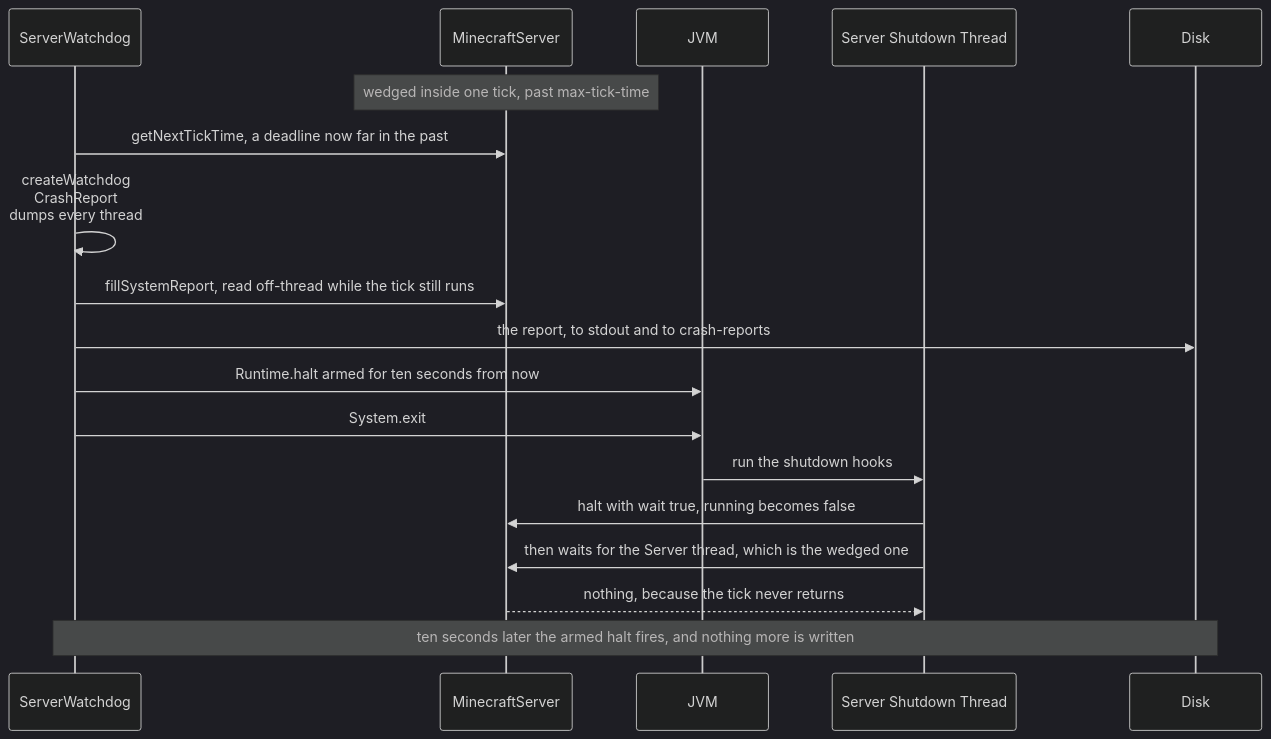
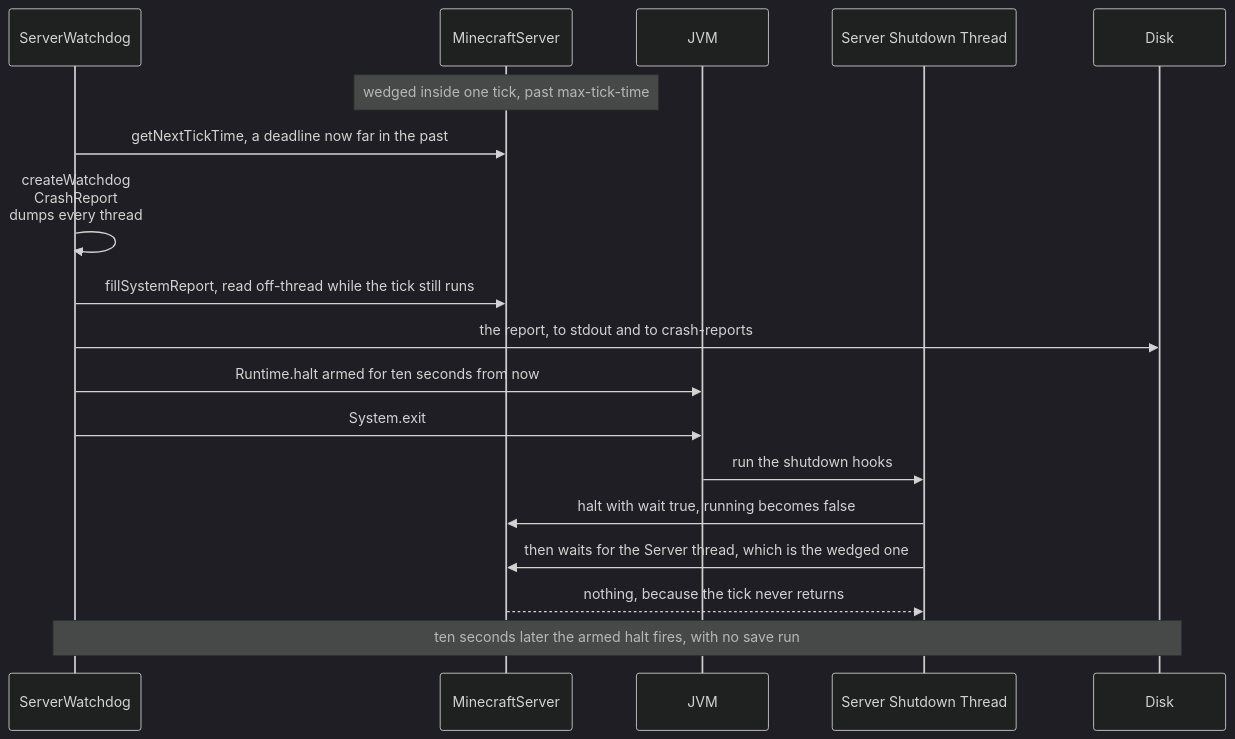
One commit to AlexanderjFraser/MinecraftDocs changed the second of 2 diagrams in src/systems/server/how-a-server-dies.md. Above: the diagram before and after it, drawn with Mermaid (dark theme). The commit also changed other lines of this file and 15 other files, not shown here.

````diff
--- a/src/systems/server/how-a-server-dies.md
+++ b/src/systems/server/how-a-server-dies.md
@@ -281,21 +291,21 @@
 ```mermaid
 sequenceDiagram
     participant SW as ServerWatchdog
     participant MS as MinecraftServer
     participant JVM
     participant Hook as Server Shutdown Thread
     participant Disk
 
     Note over MS: wedged inside one tick, past max-tick-time
     SW->>MS: getNextTickTime, a deadline now far in the past
     SW->>SW: createWatchdog<br/>CrashReport<br/>dumps every thread
     SW->>MS: fillSystemReport, read off-thread while the tick still runs
     SW->>Disk: the report, to stdout and to crash-reports
     SW->>JVM: Runtime.halt armed for ten seconds from now
     SW->>JVM: System.exit
     JVM->>Hook: run the shutdown hooks
     Hook->>MS: halt with wait true, running becomes false
     Hook->>MS: then waits for the Server thread, which is the wedged one
     MS-->>Hook: nothing, because the tick never returns
-    Note over SW,Disk: ten seconds later the armed halt fires, and nothing more is written
+    Note over SW,Disk: ten seconds later the armed halt fires, with no save run
 ```
````
